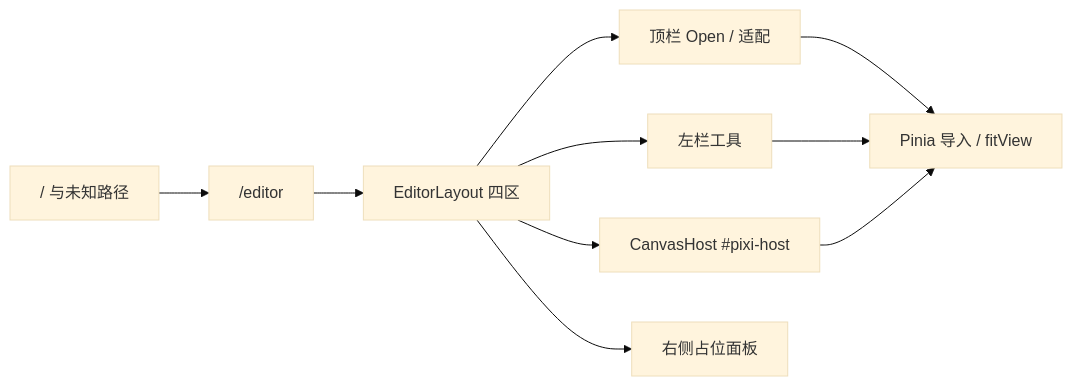
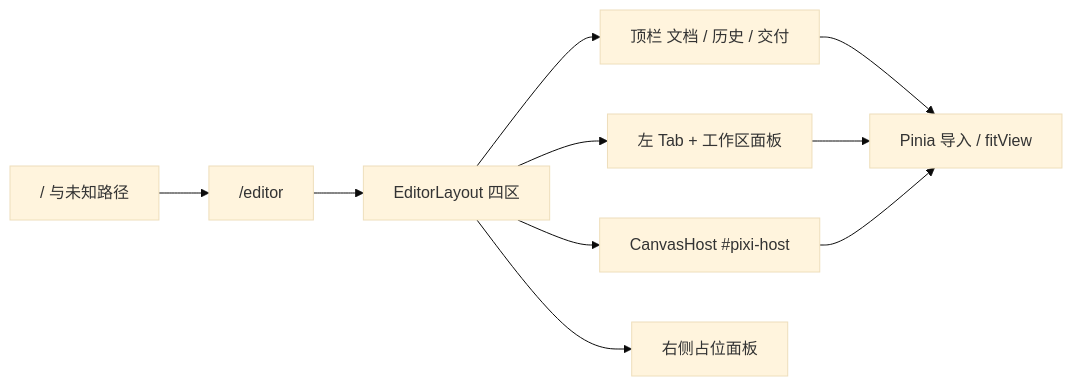
One commit to Komorisir/vue3-ts-standard-pro changed the diagram in docs/editor/shell.md. Above: the diagram before and after it, drawn with Mermaid (base theme). The commit also changed other lines of this file and 34 other files, not shown here.

````diff
--- a/docs/editor/shell.md
+++ b/docs/editor/shell.md
@@ -14,12 +14,12 @@
 ```mermaid
 flowchart LR
   Root["/ 与未知路径"] --> Editor["/editor"]
   Editor --> Layout["EditorLayout 四区"]
   Layout --> Host["CanvasHost #pixi-host"]
-  Layout --> Bar["顶栏 Open / 适配"]
-  Layout --> Rail["左栏工具"]
+  Layout --> Bar["顶栏 文档 / 历史 / 交付"]
+  Layout --> Nav["左 Tab + 工作区面板"]
   Layout --> Side["右侧占位面板"]
   Bar --> Store["Pinia 导入 / fitView"]
-  Rail --> Store
+  Nav --> Store
   Host --> Store
 ```
````
